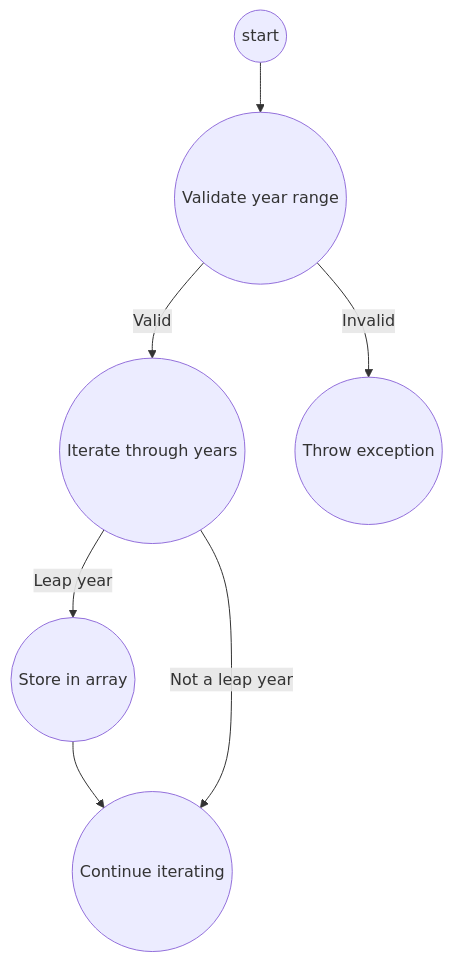
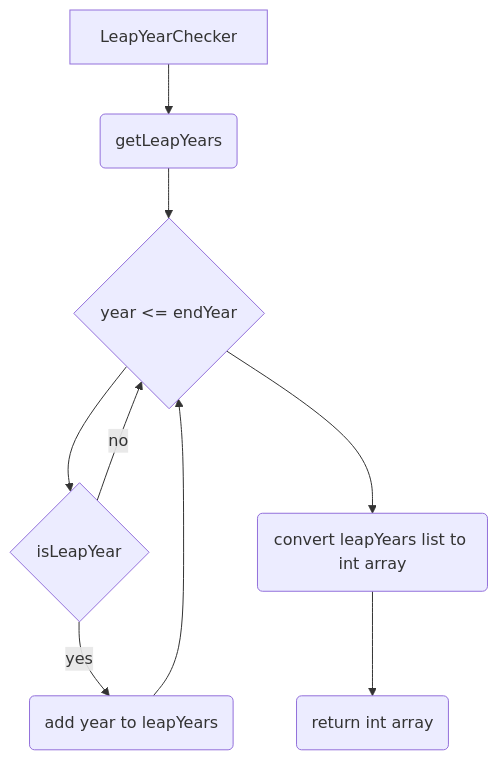
Before and after one commit to IdelsTak/data-flow-testing: the diagram in README.md, drawn with Mermaid.

````diff
--- a/README.md
+++ b/README.md
@@ -15,9 +15,11 @@
 ```mermaid
-flowchart TD
-    A((start)) --> B((Validate year range))
-    B -- Valid --> C((Iterate through years))
-    C -- Leap year --> D((Store in array))
-    D --> E((Continue iterating))
-    C -- Not a leap year --> E((Continue iterating))
-    B -- Invalid --> F((Throw exception))
+graph TD
+A[LeapYearChecker] --> B(getLeapYears)
+B --> C{year <= endYear}
+C --> D{isLeapYear}
+D --> |yes| E(add year to leapYears)
+E --> C
+D --> |no| C
+C --> F(convert leapYears list to int array)
+F --> G(return int array)
 ```
````
